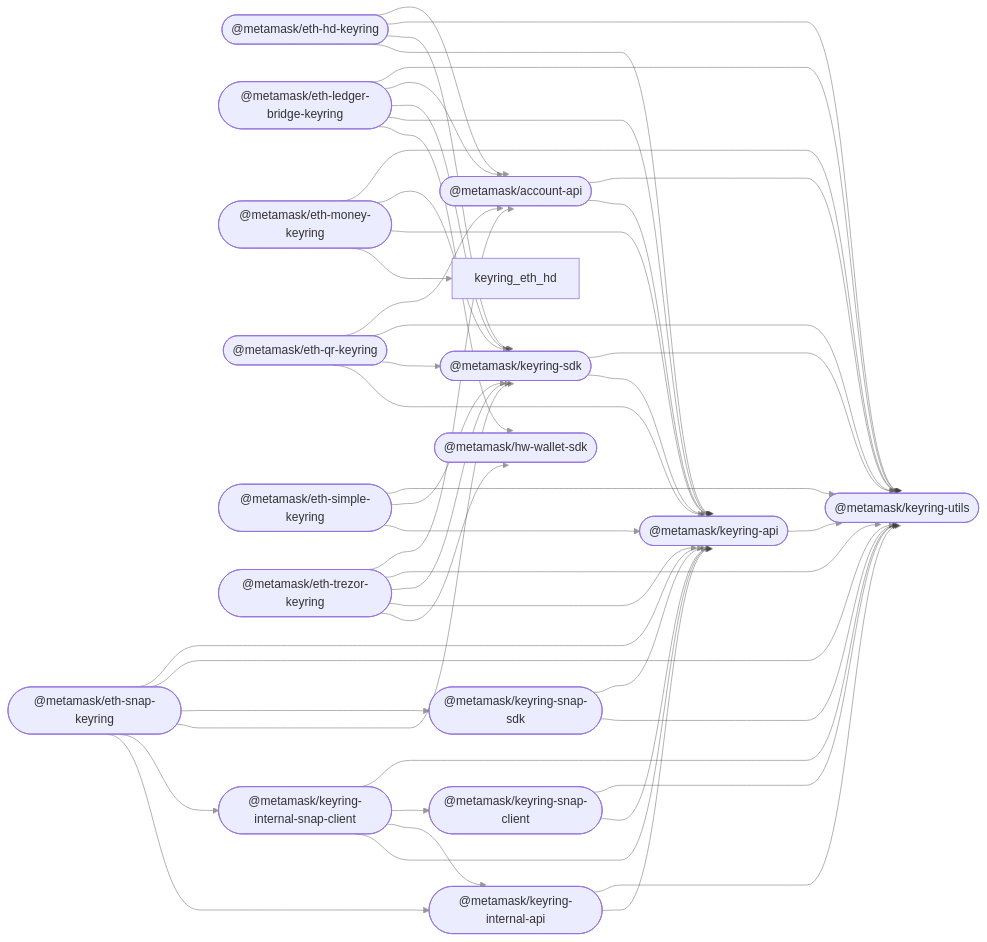
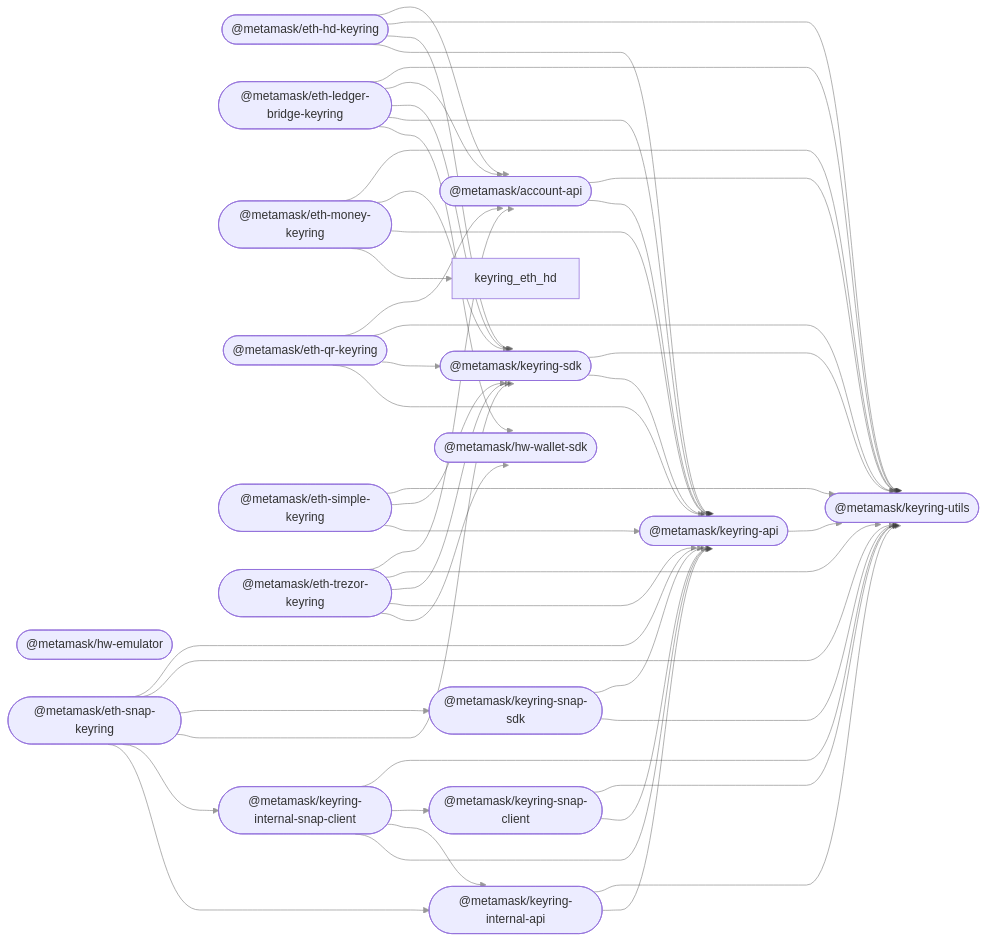
One commit to MetaMask/accounts changed the diagram in README.md. Above: the diagram before and after it, drawn with Mermaid. The commit also changed other lines of this file and 25 other files, not shown here.

````diff
--- a/README.md
+++ b/README.md
@@ -44,67 +45,68 @@
 ```mermaid
 %%{ init: { 'flowchart': { 'curve': 'bumpX' } } }%%
 graph LR;
 linkStyle default opacity:0.5
   account_api(["@metamask/account-api"]);
+  hw_emulator(["@metamask/hw-emulator"]);
   hw_wallet_sdk(["@metamask/hw-wallet-sdk"]);
   keyring_api(["@metamask/keyring-api"]);
   eth_hd_keyring(["@metamask/eth-hd-keyring"]);
   eth_ledger_bridge_keyring(["@metamask/eth-ledger-bridge-keyring"]);
   eth_money_keyring(["@metamask/eth-money-keyring"]);
   eth_qr_keyring(["@metamask/eth-qr-keyring"]);
   eth_simple_keyring(["@metamask/eth-simple-keyring"]);
   eth_trezor_keyring(["@metamask/eth-trezor-keyring"]);
   keyring_internal_api(["@metamask/keyring-internal-api"]);
   keyring_internal_snap_client(["@metamask/keyring-internal-snap-client"]);
   keyring_sdk(["@metamask/keyring-sdk"]);
   eth_snap_keyring(["@metamask/eth-snap-keyring"]);
   keyring_snap_client(["@metamask/keyring-snap-client"]);
   keyring_snap_sdk(["@metamask/keyring-snap-sdk"]);
   keyring_utils(["@metamask/keyring-utils"]);
   account_api --> keyring_api;
   account_api --> keyring_utils;
   keyring_api --> keyring_utils;
   eth_hd_keyring --> keyring_api;
   eth_hd_keyring --> keyring_sdk;
   eth_hd_keyring --> keyring_utils;
   eth_hd_keyring --> account_api;
   eth_ledger_bridge_keyring --> hw_wallet_sdk;
   eth_ledger_bridge_keyring --> keyring_api;
   eth_ledger_bridge_keyring --> keyring_sdk;
   eth_ledger_bridge_keyring --> account_api;
   eth_ledger_bridge_keyring --> keyring_utils;
   eth_money_keyring --> keyring_eth_hd;
   eth_money_keyring --> keyring_api;
   eth_money_keyring --> keyring_sdk;
   eth_money_keyring --> keyring_utils;
   eth_qr_keyring --> keyring_api;
   eth_qr_keyring --> keyring_sdk;
   eth_qr_keyring --> keyring_utils;
   eth_qr_keyring --> account_api;
   eth_simple_keyring --> keyring_api;
   eth_simple_keyring --> keyring_sdk;
   eth_simple_keyring --> keyring_utils;
   eth_trezor_keyring --> hw_wallet_sdk;
   eth_trezor_keyring --> keyring_api;
   eth_trezor_keyring --> keyring_sdk;
   eth_trezor_keyring --> keyring_utils;
   eth_trezor_keyring --> account_api;
   keyring_internal_api --> keyring_api;
   keyring_internal_api --> keyring_utils;
   keyring_internal_snap_client --> keyring_api;
   keyring_internal_snap_client --> keyring_internal_api;
   keyring_internal_snap_client --> keyring_snap_client;
   keyring_internal_snap_client --> keyring_utils;
   keyring_sdk --> keyring_api;
   keyring_sdk --> keyring_utils;
   eth_snap_keyring --> keyring_internal_api;
   eth_snap_keyring --> keyring_internal_snap_client;
   eth_snap_keyring --> keyring_sdk;
   eth_snap_keyring --> keyring_snap_sdk;
   eth_snap_keyring --> keyring_utils;
   eth_snap_keyring --> keyring_api;
   keyring_snap_client --> keyring_api;
   keyring_snap_client --> keyring_utils;
   keyring_snap_sdk --> keyring_utils;
   keyring_snap_sdk --> keyring_api;
 ```
````
